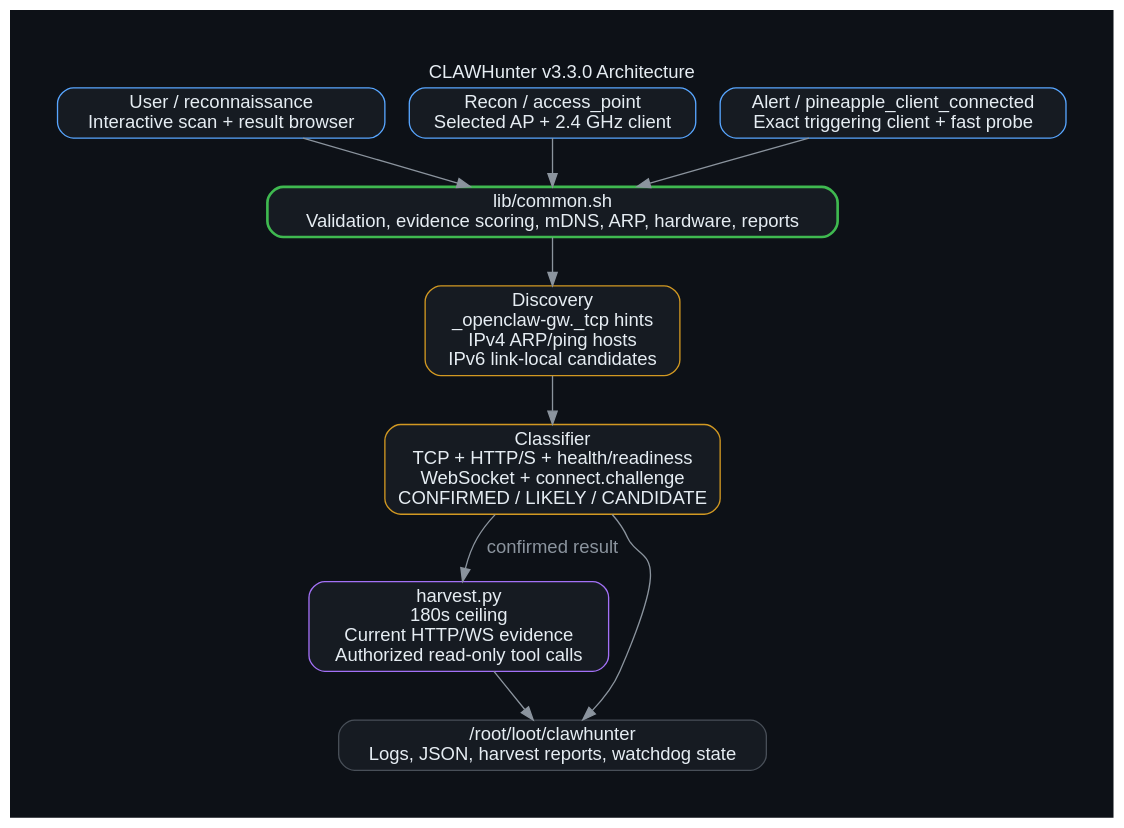
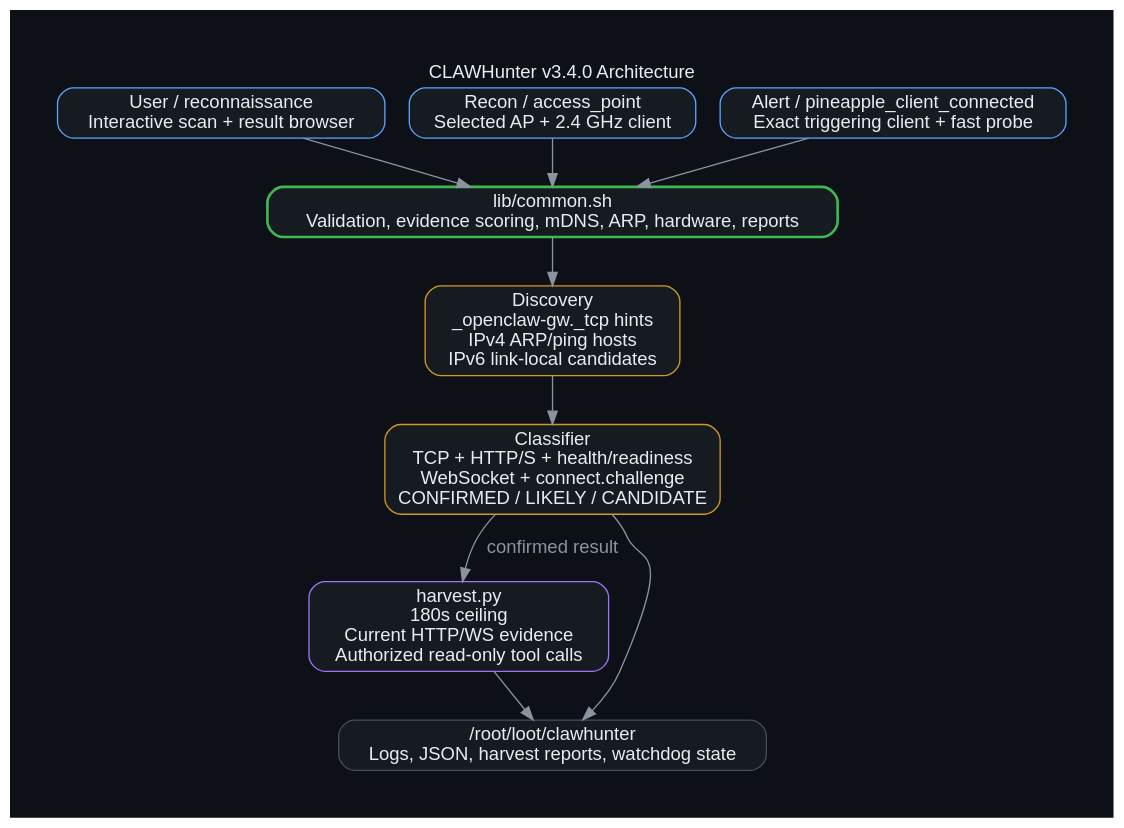
One commit to doublegate/CLAWHunter changed the diagram in docs/architecture.dot. Above: the diagram before and after it, drawn with Graphviz. The commit also changed 16 other files, not shown here.

```diff
--- a/docs/architecture.dot
+++ b/docs/architecture.dot
@@ -1,34 +1,34 @@
 digraph CLAWHunter {
     // Source-of-truth diagram for both docs/architecture.svg and the README PNG.
-    graph [rankdir=TB, bgcolor="#0d1117", fontcolor="#e6edf3", fontname="Helvetica", label="CLAWHunter v3.3.0 Architecture", labelloc=t, pad=0.5]
+    graph [rankdir=TB, bgcolor="#0d1117", fontcolor="#e6edf3", fontname="Helvetica", label="CLAWHunter v3.4.0 Architecture", labelloc=t, pad=0.5]
     node [shape=box, style="filled,rounded", fontname="Helvetica", fontcolor="#e6edf3", color="#484f58", fillcolor="#161b22"]
     edge [color="#8b949e", fontcolor="#8b949e", fontname="Helvetica"]
 
     // Entry points match the official Hak5 Payload Library category hierarchy.
     user [label="User / reconnaissance\nInteractive scan + result browser", color="#58a6ff"]
     recon [label="Recon / access_point\nSelected AP + 2.4 GHz client", color="#58a6ff"]
     alert [label="Alert / pineapple_client_connected\nExact triggering client + fast probe", color="#58a6ff"]
     // Shared behavior belongs here so Recon, alert, and interactive evidence
     // semantics cannot drift independently.
     common [label="lib/common.sh\nValidation, evidence scoring, mDNS, ARP, hardware, reports", color="#3fb950", penwidth=2]
     // Discovery separates unauthenticated hints and IP families before probes.
     discovery [label="Discovery\n_openclaw-gw._tcp hints\nIPv4 ARP/ping hosts\nIPv6 link-local candidates", color="#d29922"]
     // The classifier is the only component allowed to create confirmed results.
     probe [label="Classifier\nTCP + HTTP/S + health/readiness\nWebSocket + connect.challenge\nCONFIRMED / LIKELY / CANDIDATE", color="#d29922"]
     // Assessment is an explicit action and never participates in discovery.
     harvest [label="harvest.py\n180s ceiling\nCurrent HTTP/WS evidence\nAuthorized read-only tool calls", color="#a371f7"]
     // All persistence stays local to the standard Pager loot tree.
     output [label="/root/loot/clawhunter\nLogs, JSON, harvest reports, watchdog state"]
 
     // Data flow ends in local Pager loot; no remote staging/exfiltration exists.
     {rank=same; user; recon; alert}
     user -> common
     recon -> common
     alert -> common
     // Shared flow: gather candidates, classify evidence, then persist locally.
     common -> discovery
     discovery -> probe
     probe -> output
     probe -> harvest [label="confirmed result"]
     harvest -> output
 }
```
